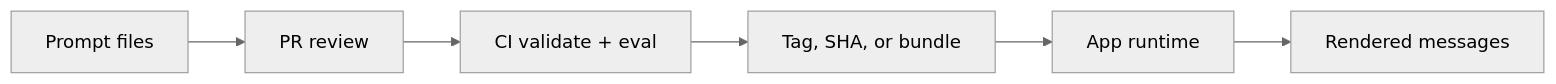
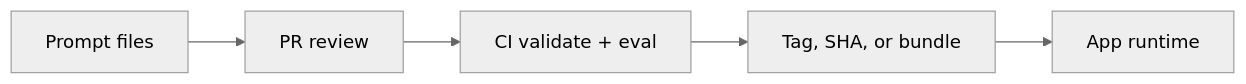
One commit to 05satyam/instruct_vault changed the diagram in README.md. Above: the diagram before and after it, drawn with Mermaid (neutral theme). The commit also changed other lines of this file and 12 other files, not shown here.

````diff
--- a/README.md
+++ b/README.md
@@ -93,8 +89,4 @@
 ```mermaid
 flowchart LR
-  A[Prompt files] --> B[PR review]
-  B --> C[CI validate + eval]
-  C --> D[Tag, SHA, or bundle]
-  D --> E[App runtime]
-  E --> F[Rendered messages]
+  A[Prompt files] --> B[PR review] --> C[CI validate + eval] --> D[Tag, SHA, or bundle] --> E[App runtime]
 ```
````
